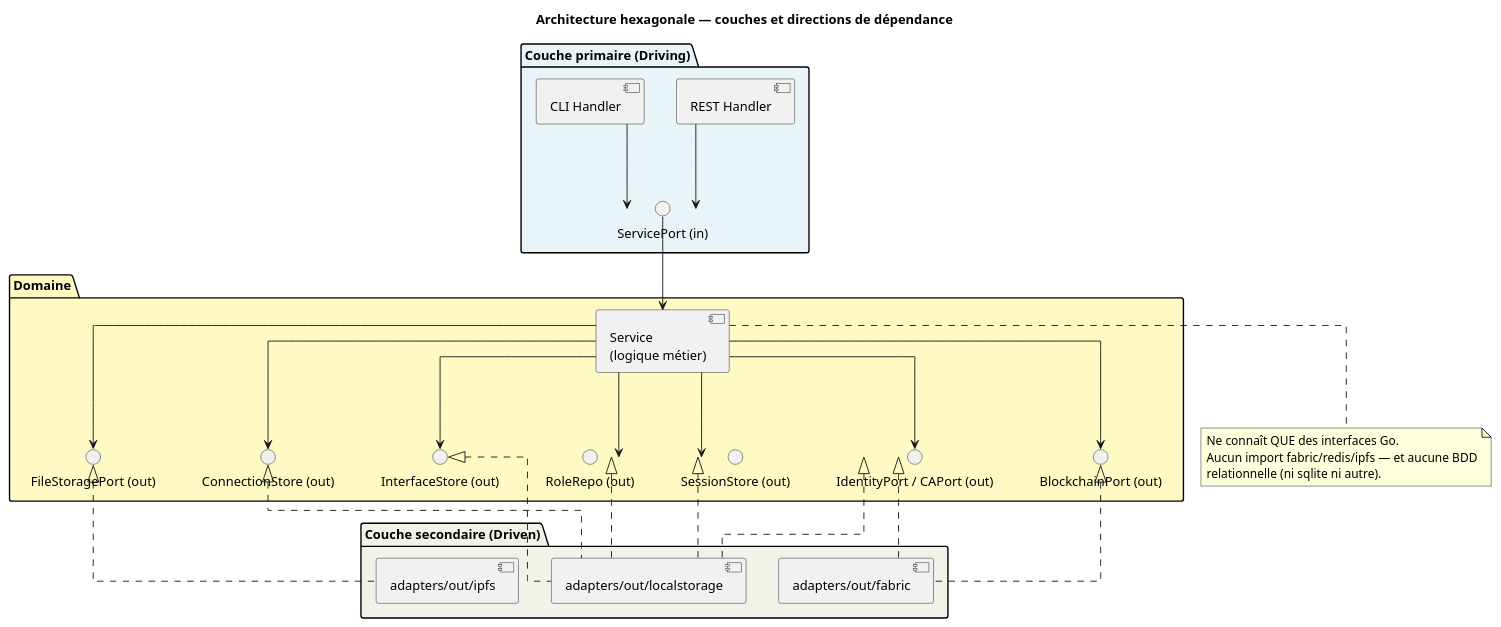
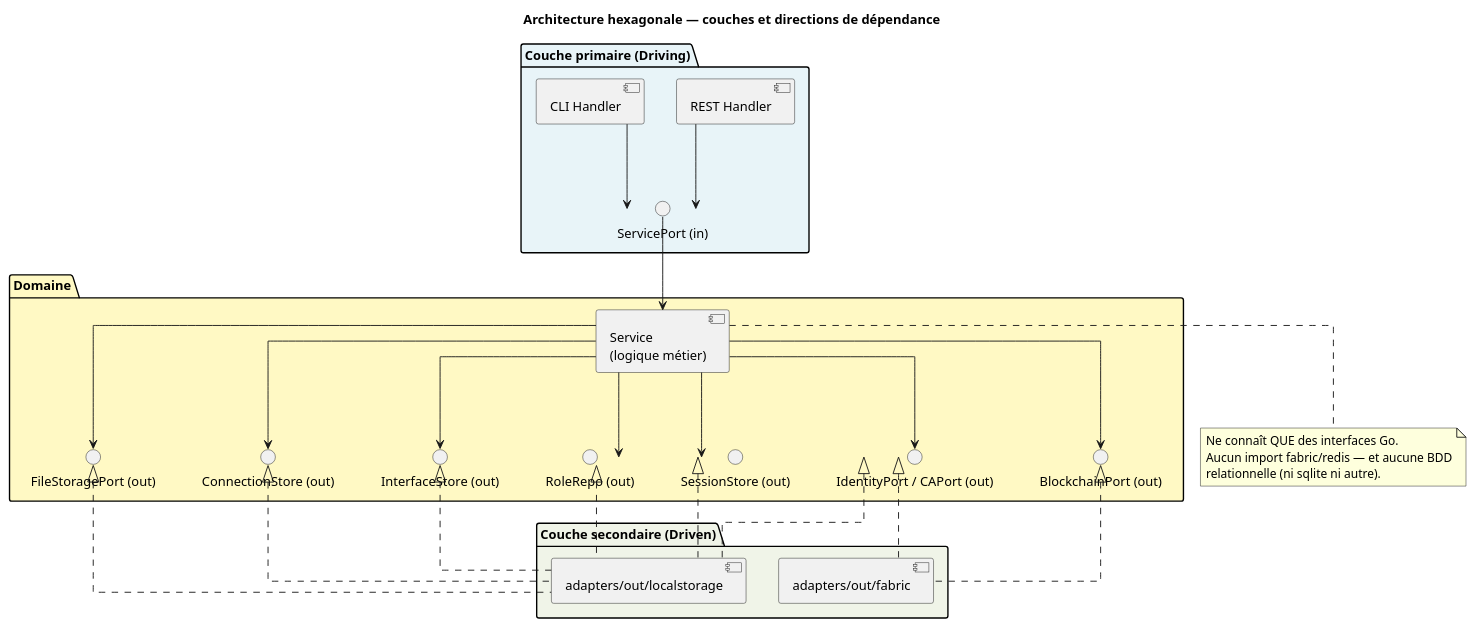
The second of 2 diagrams in specs/3-Conception/Conception_intro.md (myr-forge/myr-core), drawn with PlantUML before and after one commit. The commit also changed other lines of this file and 23 other files, not shown here.

````diff
--- a/specs/3-Conception/Conception_intro.md
+++ b/specs/3-Conception/Conception_intro.md
@@ -154,58 +152,57 @@
 ```plantuml
 @startuml
 title Architecture hexagonale — couches et directions de dépendance
 
 skinparam linetype ortho
 
 package "Couche primaire (Driving)" #e8f4f8 {
   interface "ServicePort (in)" as PortIn
   [REST Handler] as RestH
   [CLI Handler] as CliH
 }
 
 package "Domaine" #fff9c4 {
   [Service\n(logique métier)] as Svc
   interface "BlockchainPort (out)" as PortBC
   interface "FileStoragePort (out)" as PortFS
   interface "ConnectionStore (out)" as PortConn
   interface "InterfaceStore (out)" as PortIface
   interface "IdentityPort / CAPort (out)" as PortIdentity
   interface "RoleRepo (out)" as PortRole
   interface "SessionStore (out)" as PortSession
 }
 
 package "Couche secondaire (Driven)" #f0f4e8 {
   [adapters/out/fabric] as AdFabric
-  [adapters/out/ipfs] as AdIPFS
   [adapters/out/localstorage] as AdLocal
 }
 
 RestH --> PortIn
 CliH --> PortIn
 PortIn --> Svc
 
 Svc --> PortBC
 Svc --> PortFS
 Svc --> PortConn
 Svc --> PortIface
 Svc --> PortIdentity
 Svc --> PortRole
 Svc --> PortSession
 
 PortBC <|.. AdFabric
-PortFS <|.. AdIPFS
+PortFS <|.. AdLocal
 PortConn <|.. AdLocal
 PortIface <|.. AdLocal
 PortIdentity <|.. AdFabric
 PortIdentity <|.. AdLocal
 PortRole <|.. AdLocal
 PortSession <|.. AdLocal
 
 note bottom of Svc
   Ne connaît QUE des interfaces Go.
-  Aucun import fabric/redis/ipfs — et aucune BDD
+  Aucun import fabric/redis — et aucune BDD
   relationnelle (ni sqlite ni autre).
 end note
 
 @enduml
 ```
````
